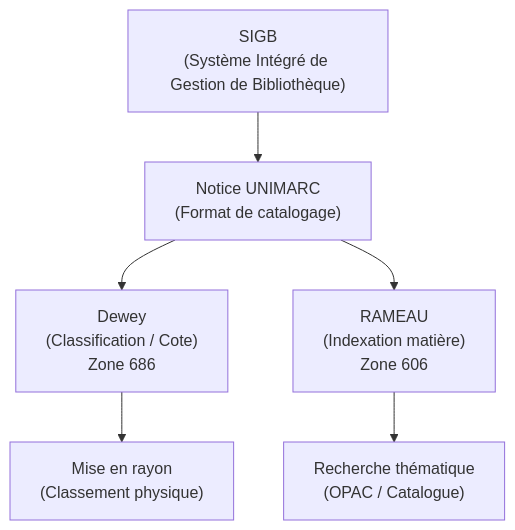
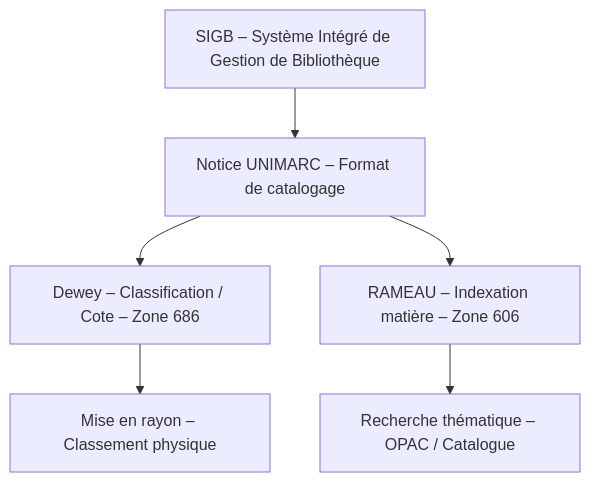
One commit to nist0/xav_projects changed the diagram in projects/recherche_emploi/bibliotheque/organigramme.md. Above: the diagram before and after it, drawn with Mermaid.

Commit message:
reformat

````diff
--- a/projects/recherche_emploi/bibliotheque/organigramme.md
+++ b/projects/recherche_emploi/bibliotheque/organigramme.md
@@ -9,8 +9,8 @@
 ```mermaid
 graph TD
-    A["SIGB\n(Système Intégré de Gestion de Bibliothèque)"] --> B["Notice UNIMARC\n(Format de catalogage)"]
-    B --> C["Dewey\n(Classification / Cote)\nZone 686"]
-    B --> D["RAMEAU\n(Indexation matière)\nZone 606"]
-    C --> E["Mise en rayon\n(Classement physique)"]
-    D --> F["Recherche thématique\n(OPAC / Catalogue)"]
+    A[SIGB – Système Intégré de Gestion de Bibliothèque] --> B[Notice UNIMARC – Format de catalogage]
+    B --> C[Dewey – Classification / Cote – Zone 686]
+    B --> D[RAMEAU – Indexation matière – Zone 606]
+    C --> E[Mise en rayon – Classement physique]
+    D --> F[Recherche thématique – OPAC / Catalogue]
 ```
````
